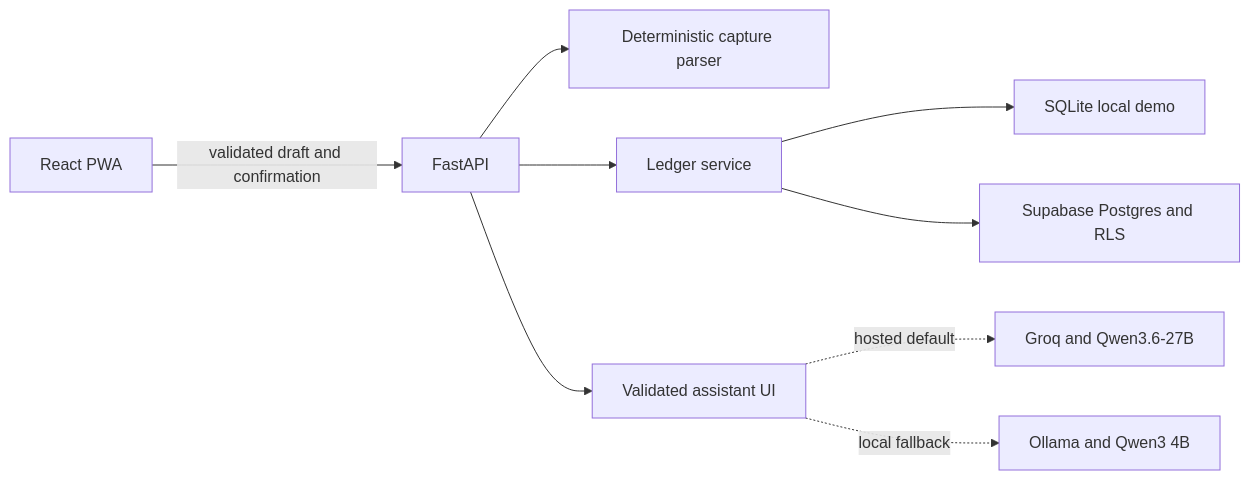
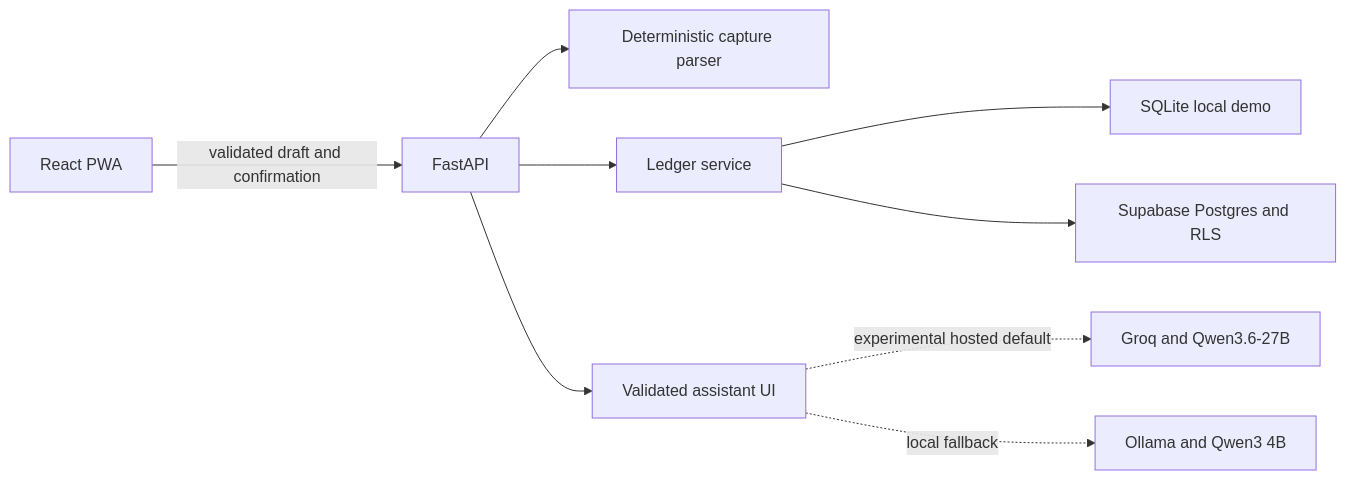
One commit to snayan06/artha changed the diagram in README.md. Above: the diagram before and after it, drawn with Mermaid. The commit also changed other lines of this file and 6 other files, not shown here.

Commit message:
docs: adopt Qwen for experimental pilot

````diff
--- a/README.md
+++ b/README.md
@@ -49,11 +49,11 @@
 ```mermaid
 flowchart LR
     PWA["React PWA"] -->|"validated draft and confirmation"| API["FastAPI"]
     API --> PARSER["Deterministic capture parser"]
     API --> LEDGER["Ledger service"]
     LEDGER --> LOCAL["SQLite local demo"]
     LEDGER --> DB["Supabase Postgres and RLS"]
     API --> ASSISTANT["Validated assistant UI"]
-    ASSISTANT -. "hosted default" .-> GROQ["Groq and Qwen3.6-27B"]
+    ASSISTANT -. "experimental hosted default" .-> GROQ["Groq and Qwen3.6-27B"]
     ASSISTANT -. "local fallback" .-> OLLAMA["Ollama and Qwen3 4B"]
 ```
````
